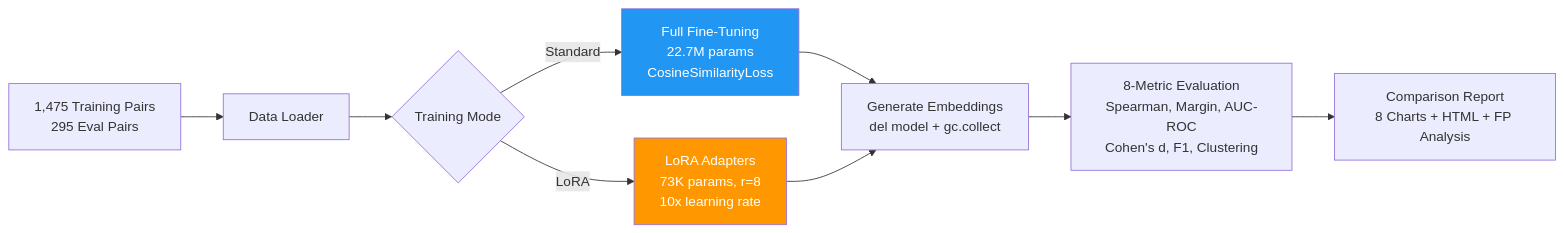
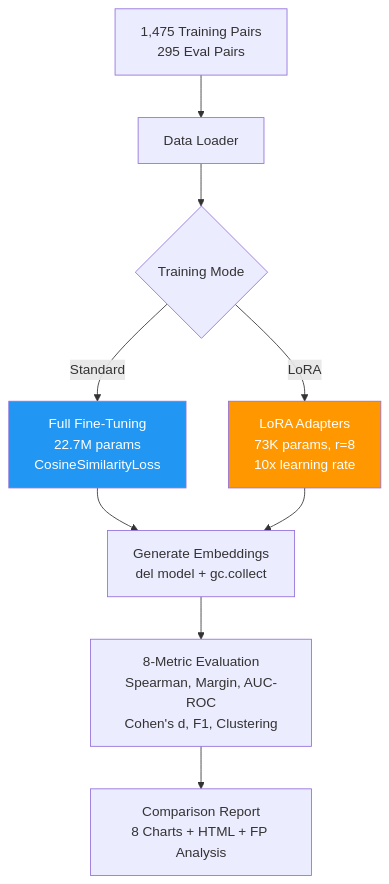
The diagram in README.md (rubsj/ai-contrastive-embedding-finetuning), drawn with Mermaid before and after one commit.

Commit message:
docs: change mermaid diagram from horizontal to vertical layout

````diff
--- a/README.md
+++ b/README.md
@@ -67,18 +67,18 @@
 ```mermaid
-flowchart LR
+flowchart TD
     A[1,475 Training Pairs<br/>295 Eval Pairs] --> B[Data Loader]
     B --> C{Training Mode}
 
     C -->|Standard| D[Full Fine-Tuning<br/>22.7M params<br/>CosineSimilarityLoss]
     C -->|LoRA| E[LoRA Adapters<br/>73K params, r=8<br/>10x learning rate]
 
     D --> F[Generate Embeddings<br/>del model + gc.collect]
     E --> F
 
     F --> G[8-Metric Evaluation<br/>Spearman, Margin, AUC-ROC<br/>Cohen's d, F1, Clustering]
 
     G --> H[Comparison Report<br/>8 Charts + HTML + FP Analysis]
 
     style D fill:#2196F3,color:#fff
     style E fill:#FF9800,color:#fff
 ```
````
